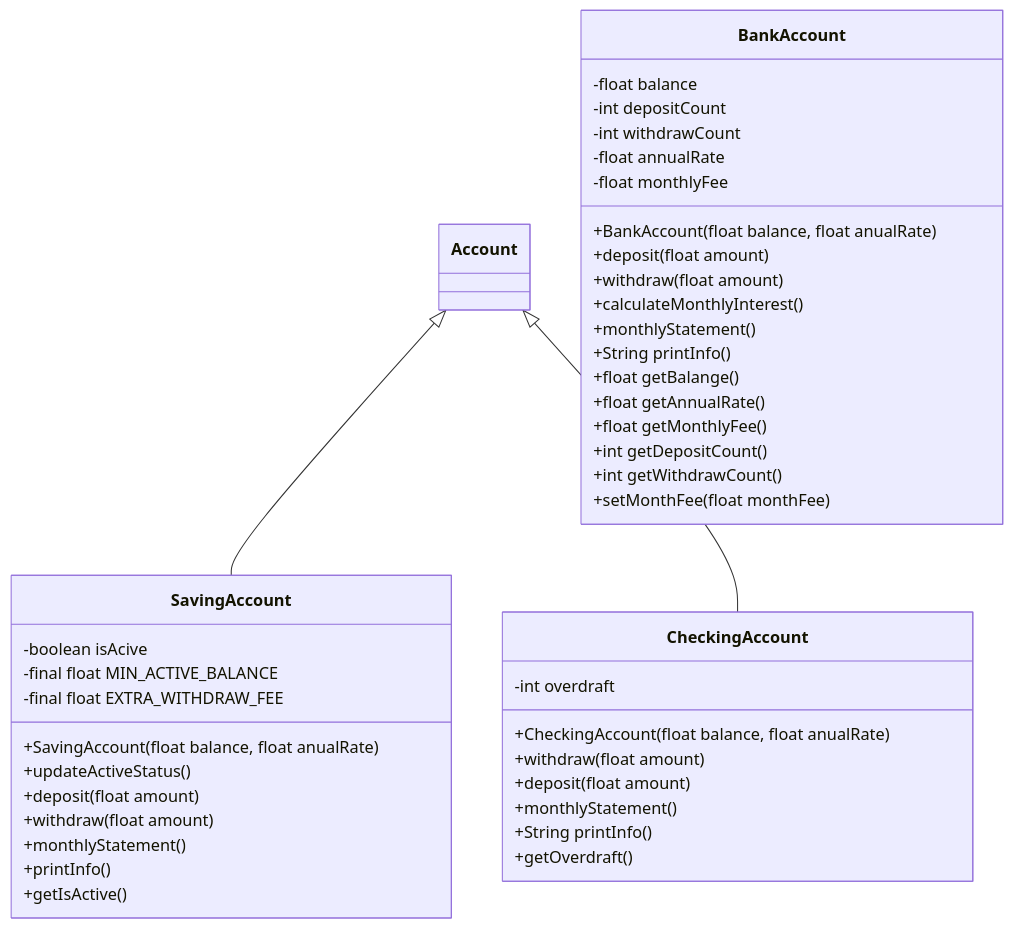
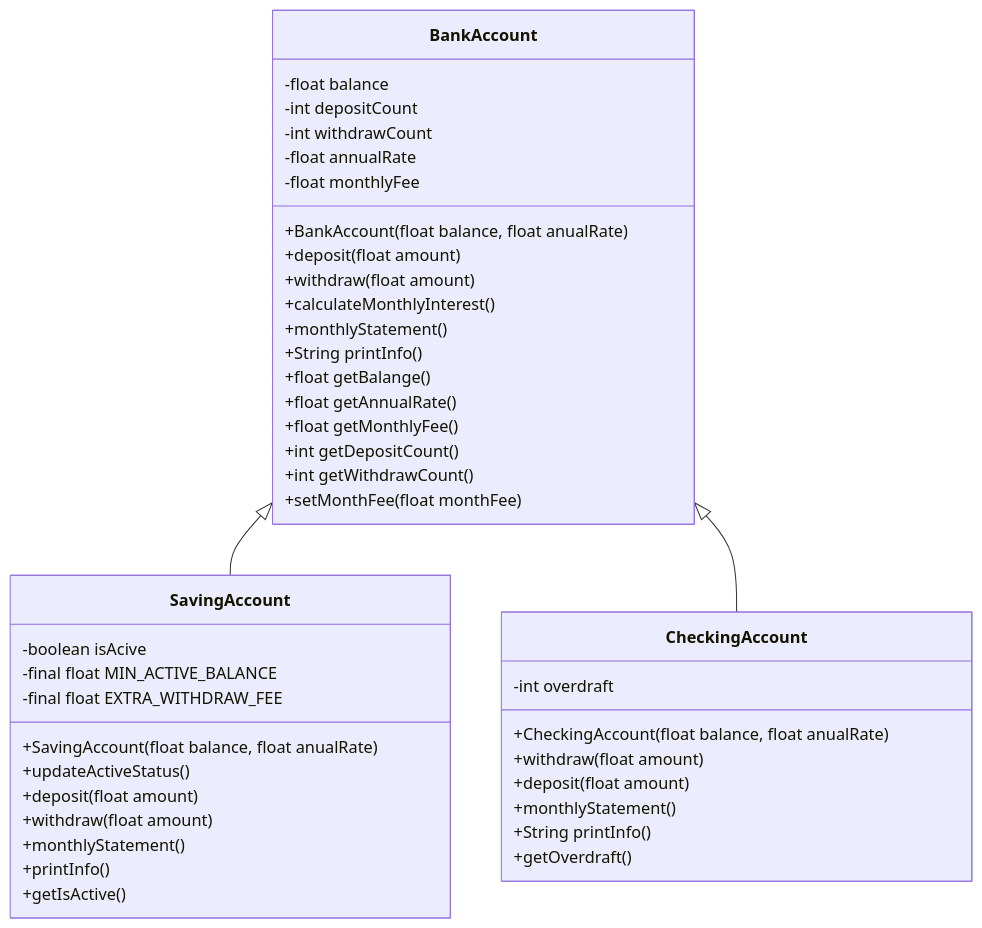
Before and after one commit to yelykrass/bank-account: the diagram in README.md, drawn with Mermaid.

Commit message:
Hotfix README

````diff
--- a/README.md
+++ b/README.md
@@ -76,49 +76,49 @@
 ```mermaid
 classDiagram
-        Account <|-- SavingAccount
-        Account <|-- CheckingAccount
+        BankAccount <|-- SavingAccount
+        BankAccount <|-- CheckingAccount
 
         class BankAccount {
           -float balance
           -int depositCount
           -int withdrawCount
           -float annualRate
           -float monthlyFee
           +BankAccount(float balance, float anualRate)
           +deposit(float amount)
           +withdraw(float amount)
           +calculateMonthlyInterest()
           +monthlyStatement()
           +String printInfo()
           +float getBalange()
           +float getAnnualRate()
           +float getMonthlyFee()
           +int getDepositCount()
           +int getWithdrawCount()
           +setMonthFee(float monthFee)
         }
 
         class SavingAccount {
           -boolean isAcive
           -final float MIN_ACTIVE_BALANCE
           -final float EXTRA_WITHDRAW_FEE
           +SavingAccount(float balance, float anualRate)
           +updateActiveStatus()
           +deposit(float amount)
           +withdraw(float amount)
           +monthlyStatement()
           +printInfo()
           +getIsActive()
         }
 
         class CheckingAccount {
           -int overdraft
           +CheckingAccount(float balance, float anualRate)
           +withdraw(float amount)
           +deposit(float amount)
           +monthlyStatement()
           +String printInfo()
           +getOverdraft()
         }
 
 ```
````
